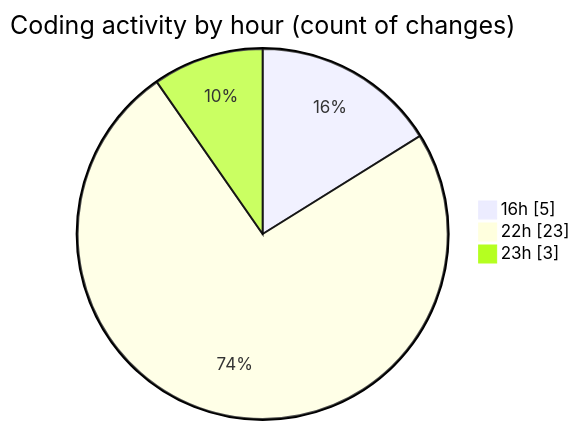
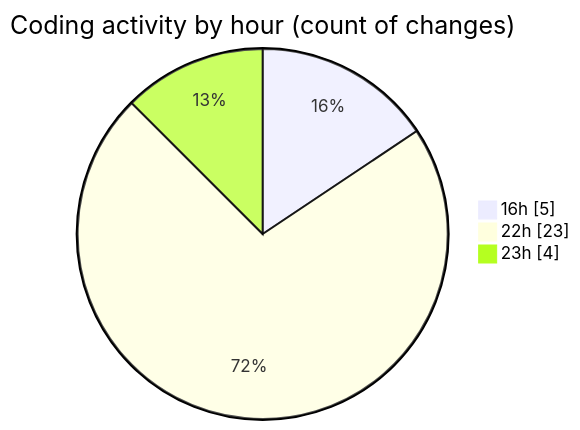
Before and after one commit to robertbonfada/code-tracking: the second of 2 diagrams in 2025-03-18/peregrino-web/README.md, drawn with Mermaid. The commit also changed other lines of this file and 1 other file, not shown here.

````diff
--- a/2025-03-18/peregrino-web/README.md
+++ b/2025-03-18/peregrino-web/README.md
@@ -39,7 +39,7 @@
 ```mermaid
 pie showData
 title Coding activity by hour (count of changes)
 "16h" : 5
 "22h" : 23
-"23h" : 3
+"23h" : 4
 ```
````
